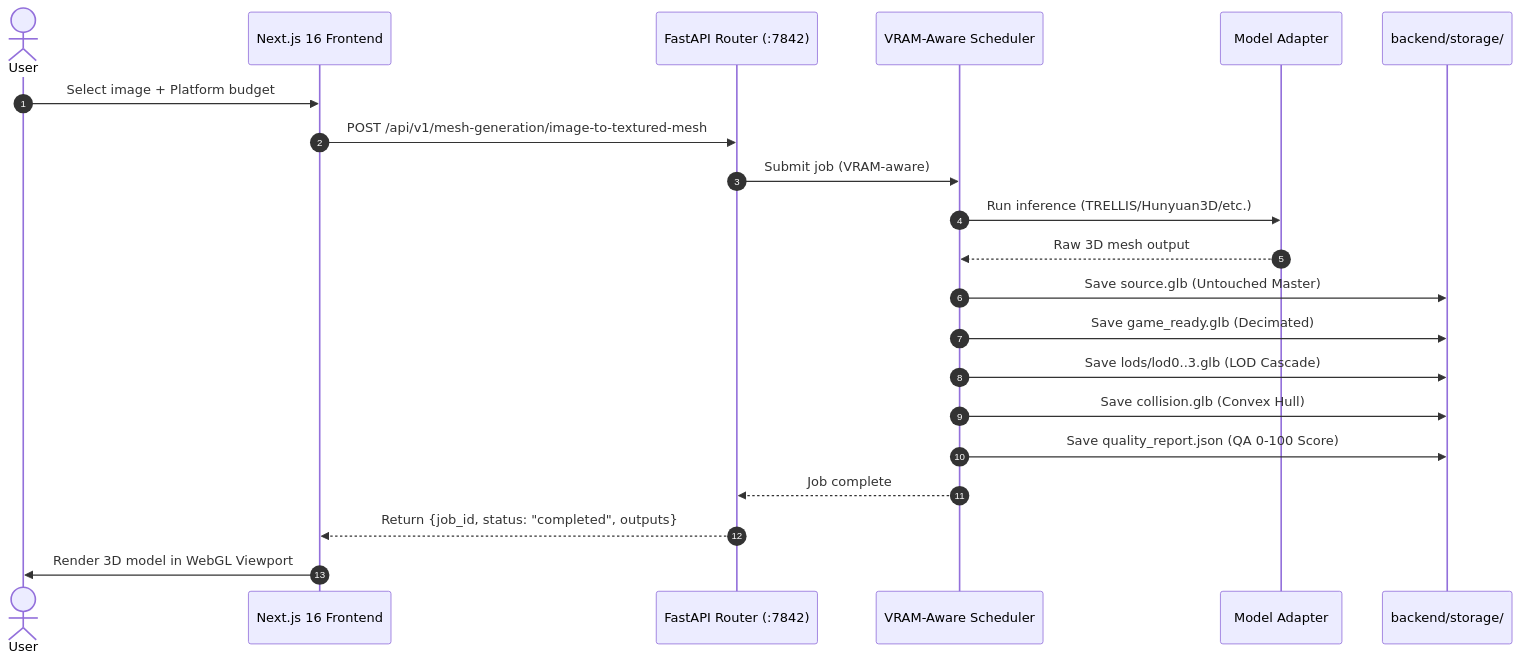
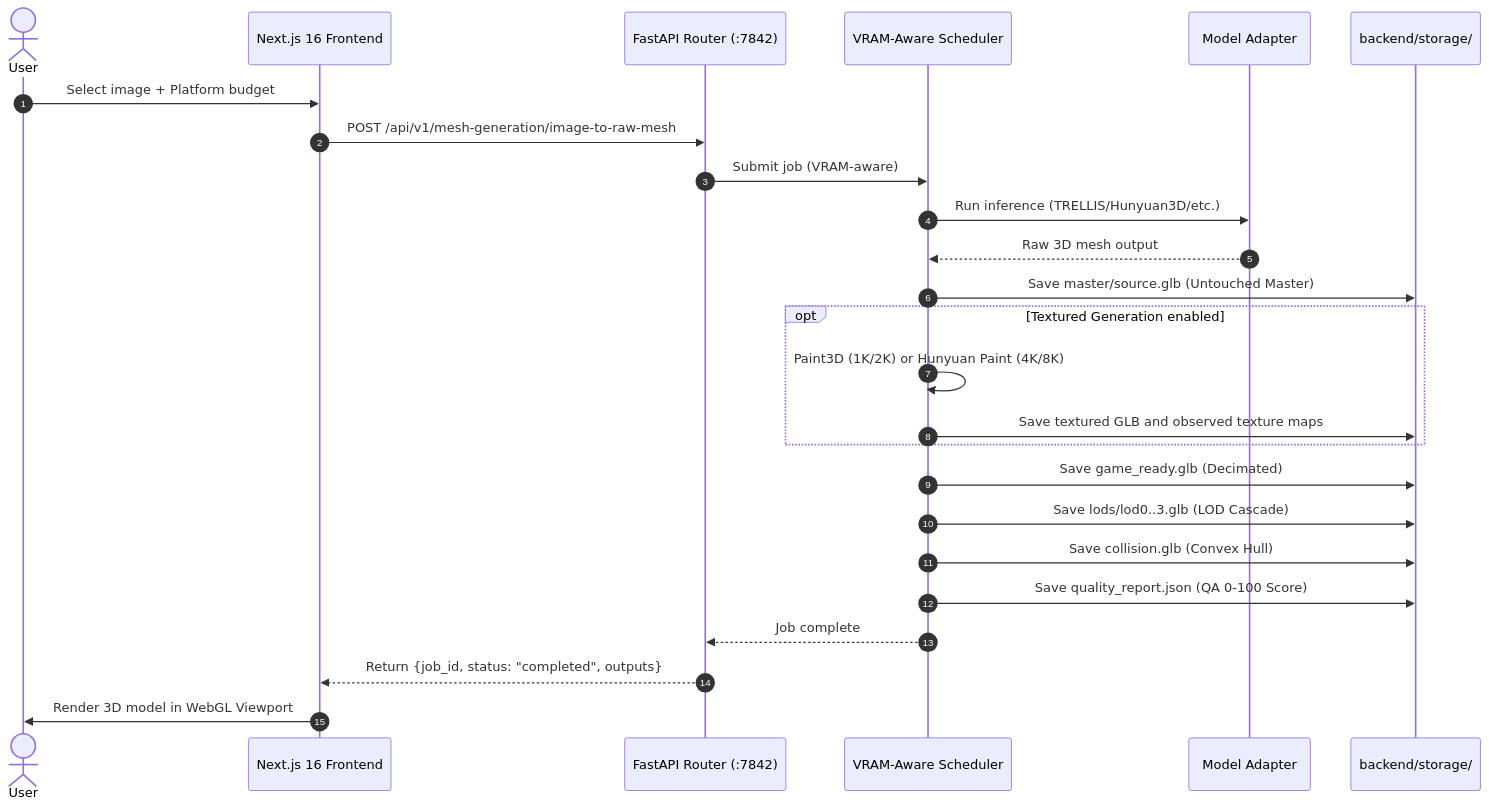
Before and after one commit to Silentzx2/ForMash3D: the second of 3 diagrams in Docs/PRD.md, drawn with Mermaid. The commit also changed other lines of this file and 28 other files, not shown here.

Commit message:
fix: consolidate texture, mesh quality, and UI reliability

````diff
--- a/Docs/PRD.md
+++ b/Docs/PRD.md
@@ -206,24 +206,28 @@
 ```mermaid
 sequenceDiagram
     autonumber
     actor User
     participant Frontend as Next.js 16 Frontend
     participant API as FastAPI Router (:7842)
     participant SCHED as VRAM-Aware Scheduler
     participant Adapter as Model Adapter
     participant Storage as backend/storage/
 
     User->>Frontend: Select image + Platform budget
-    Frontend->>API: POST /api/v1/mesh-generation/image-to-textured-mesh
+    Frontend->>API: POST /api/v1/mesh-generation/image-to-raw-mesh
     API->>SCHED: Submit job (VRAM-aware)
     SCHED->>Adapter: Run inference (TRELLIS/Hunyuan3D/etc.)
     Adapter-->>SCHED: Raw 3D mesh output
-    SCHED->>Storage: Save source.glb (Untouched Master)
+    SCHED->>Storage: Save master/source.glb (Untouched Master)
+    opt Textured Generation enabled
+        SCHED->>SCHED: Paint3D (1K/2K) or Hunyuan Paint (4K/8K)
+        SCHED->>Storage: Save textured GLB and observed texture maps
+    end
     SCHED->>Storage: Save game_ready.glb (Decimated)
     SCHED->>Storage: Save lods/lod0..3.glb (LOD Cascade)
     SCHED->>Storage: Save collision.glb (Convex Hull)
     SCHED->>Storage: Save quality_report.json (QA 0-100 Score)
     SCHED-->>API: Job complete
     API-->>Frontend: Return {job_id, status: "completed", outputs}
     Frontend->>User: Render 3D model in WebGL Viewport
 ```
````
